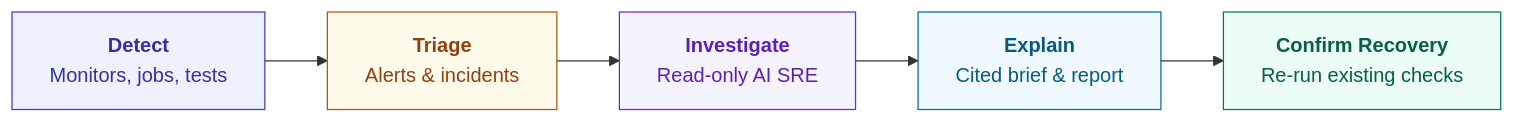
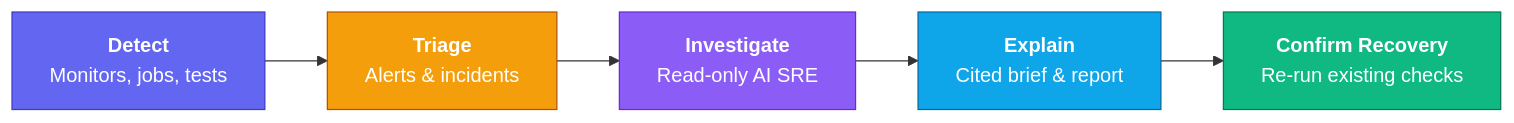
One commit to supercheck-io/supercheck changed the first of 2 diagrams in docs/content/docs/app/investigate/index.mdx. Above: the diagram before and after it, drawn with Mermaid. The commit also changed other lines of this file and 17 other files, not shown here.

First line of the commit message:
docs: restore original colors, add AI SRE to architecture, reorganize + multi-color diagrams (#310)

````diff
--- a/docs/content/docs/app/investigate/index.mdx
+++ b/docs/content/docs/app/investigate/index.mdx
@@ -17,13 +17,13 @@
 ```mermaid
 flowchart LR
     Detect["<b>Detect</b><br/>Monitors, jobs, tests"] --> Triage["<b>Triage</b><br/>Alerts & incidents"]
     Triage --> Investigate["<b>Investigate</b><br/>Read-only AI SRE"]
     Investigate --> Explain["<b>Explain</b><br/>Cited brief & report"]
     Explain --> Confirm["<b>Confirm Recovery</b><br/>Re-run existing checks"]
 
-    style Detect fill:#eef2ff,stroke:#4338ca,color:#3730a3
-    style Triage fill:#fffbeb,stroke:#b45309,color:#92400e
-    style Investigate fill:#f5f3ff,stroke:#6d28d9,color:#5b21b6
-    style Explain fill:#f0f9ff,stroke:#0369a1,color:#075985
-    style Confirm fill:#ecfdf5,stroke:#047857,color:#065f46
+    style Detect fill:#6366f1,stroke:#4338ca,color:#fff
+    style Triage fill:#f59e0b,stroke:#b45309,color:#fff
+    style Investigate fill:#8b5cf6,stroke:#6d28d9,color:#fff
+    style Explain fill:#0ea5e9,stroke:#0369a1,color:#fff
+    style Confirm fill:#10b981,stroke:#047857,color:#fff
 ```
````
